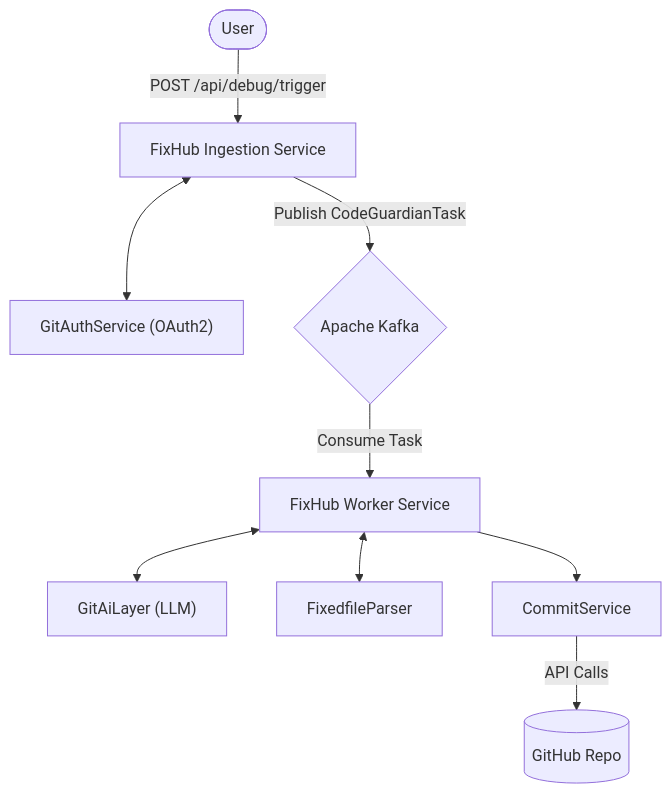
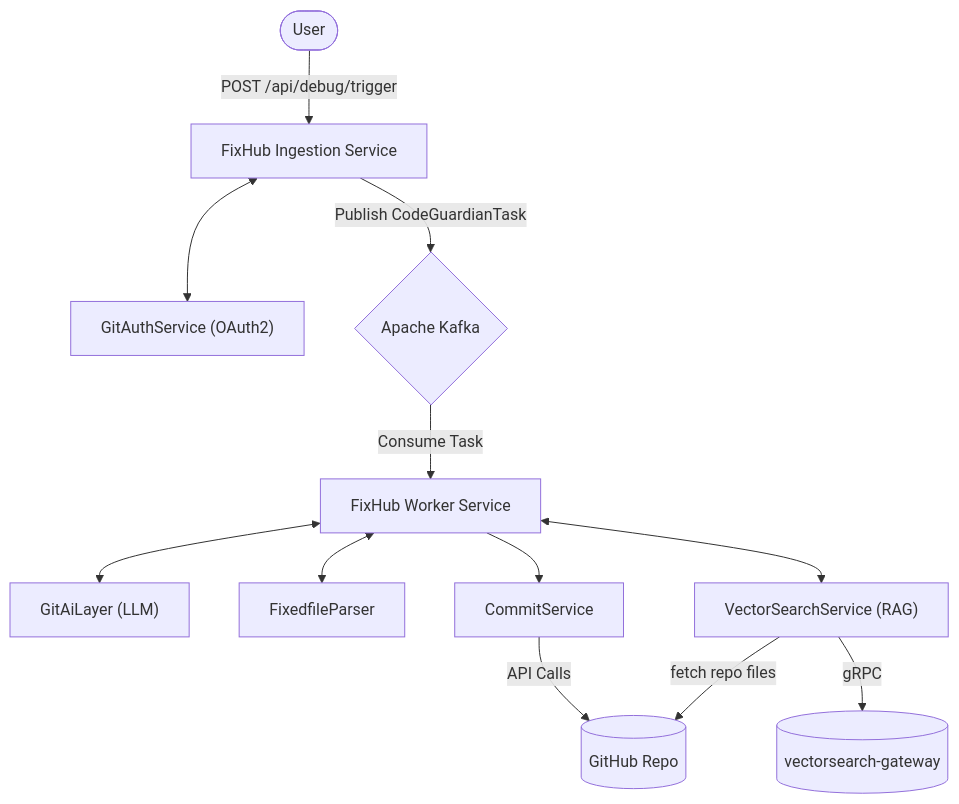
The first of 2 diagrams in README.md (Adarsh0248/FixHub-Code-debugger-AI), drawn with Mermaid before and after one commit. The commit also changed other lines of this file and 8 other files, not shown here.

Commit message:
added RAG using my vector search engine

````diff
--- a/README.md
+++ b/README.md
@@ -34,12 +34,15 @@
 ```mermaid
 flowchart TD
     User([User]) -->|POST /api/debug/trigger| IS[FixHub Ingestion Service]
     IS <--> Auth["GitAuthService (OAuth2)"]
     IS -->|Publish CodeGuardianTask| Kafka{Apache Kafka}
     Kafka -->|Consume Task| WS[FixHub Worker Service]
     WS <--> AI["GitAiLayer (LLM)"]
     WS <--> Parser[FixedfileParser]
     WS --> CS[CommitService]
     CS -->|API Calls| GitHub[("GitHub Repo")]
+    WS <--> VS["VectorSearchService (RAG)"]
+    VS -->|gRPC| GW[("vectorsearch-gateway")]
+    VS -->|fetch repo files| GitHub
 
 ```
````
